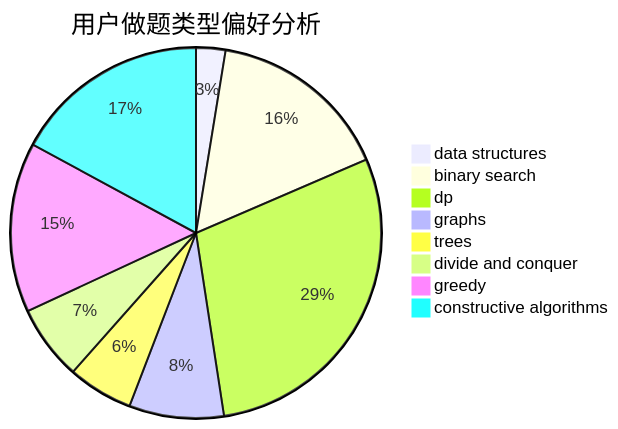
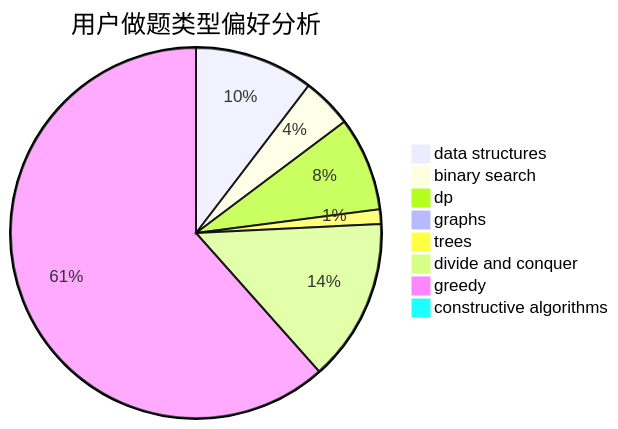
The second of 3 diagrams in docs/user/u781.md (sherpahu/cfrs.github.io), drawn with Mermaid before and after one commit. The commit also changed other lines of this file and 2770 other files, not shown here.

````diff
--- a/docs/user/u781.md
+++ b/docs/user/u781.md
@@ -23,11 +23,11 @@
 ```mermaid
 pie title 用户做题类型偏好分析
-    "data structures" :  9
-    "binary search" :  56
-    "dp" :  102
-    "graphs" :  29
-    "trees" :  20
-    "divide and conquer" :  23
-    "greedy" :  52
-    "constructive algorithms" :  60
+    "data structures" :  57
+    "binary search" :  24
+    "dp" :  45
+    "graphs" :  4
+    "trees" :  7
+    "divide and conquer" :  78
+    "greedy" :  338
+    "constructive algorithms" :  5
 ```
````
